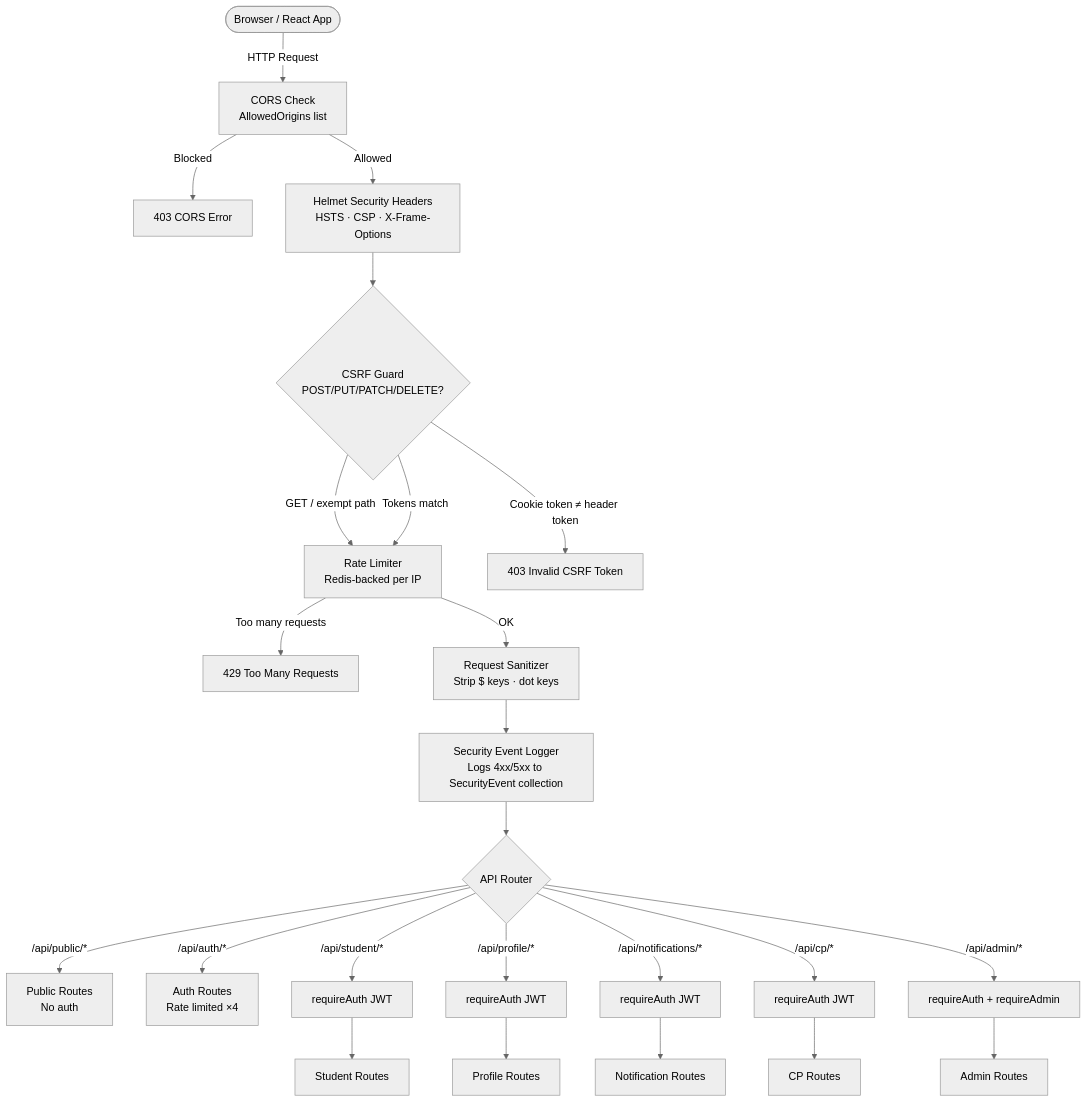
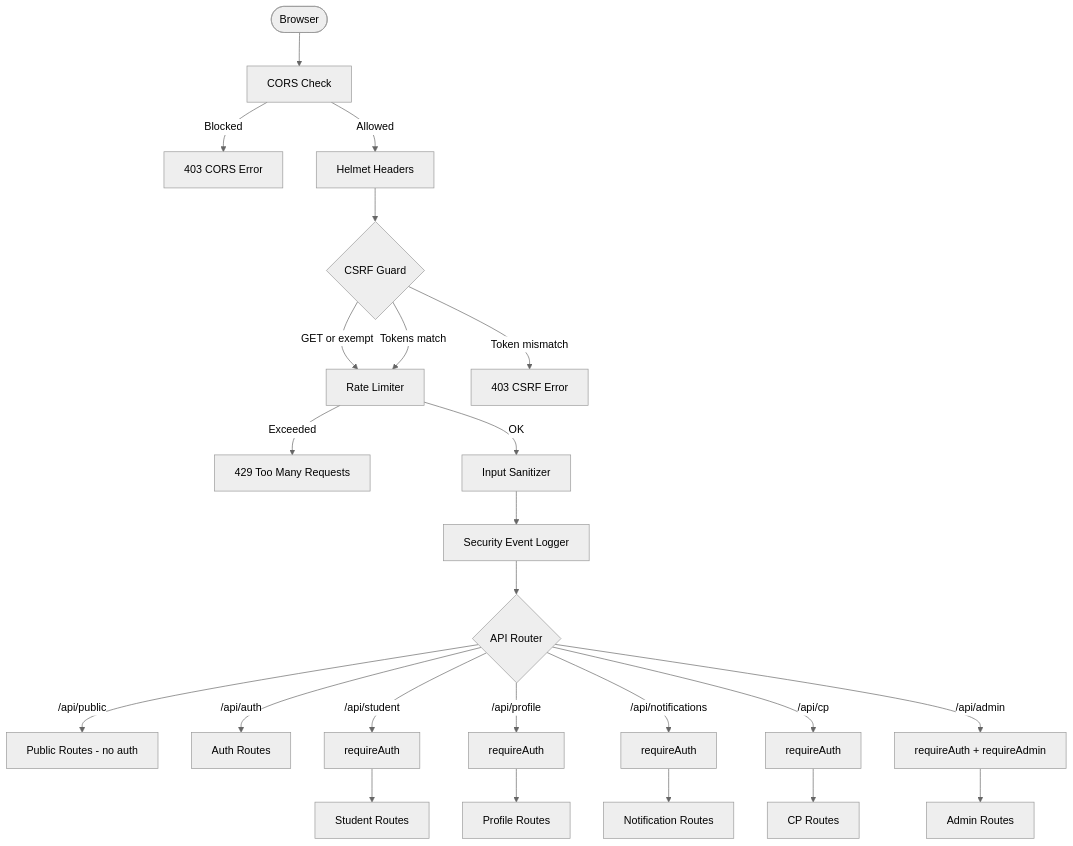
Before and after one commit to HSOCIETY-OFFSEC/hsociety-frontend: the first of 10 diagrams in ARCHITECTURE.md, drawn with Mermaid (neutral theme). The commit also changed other lines of this file, not shown here.

Commit message:
fix: architecture diagrams — fix all Mermaid lexical errors, remove backslash-n in labels

````diff
--- a/ARCHITECTURE.md
+++ b/ARCHITECTURE.md
@@ -10,28 +10,28 @@
 ```mermaid
 flowchart TD
-    CLIENT([Browser / React App]) -->|HTTP Request| MW_CORS[CORS Check\nAllowedOrigins list]
-    MW_CORS -->|Blocked| ERR_CORS[403 CORS Error]
-    MW_CORS -->|Allowed| MW_HELMET[Helmet Security Headers\nHSTS · CSP · X-Frame-Options]
-    MW_HELMET --> MW_CSRF{CSRF Guard\nPOST/PUT/PATCH/DELETE?}
-    MW_CSRF -->|GET / exempt path| MW_RATE[Rate Limiter\nRedis-backed per IP]
-    MW_CSRF -->|Cookie token ≠ header token| ERR_CSRF[403 Invalid CSRF Token]
-    MW_CSRF -->|Tokens match| MW_RATE
-    MW_RATE -->|Too many requests| ERR_429[429 Too Many Requests]
-    MW_RATE -->|OK| MW_SANITIZE[Request Sanitizer\nStrip $ keys · dot keys]
-    MW_SANITIZE --> MW_SECURITY[Security Event Logger\nLogs 4xx/5xx to SecurityEvent collection]
-    MW_SECURITY --> ROUTER{API Router}
+    CLIENT([Browser]) --> CORS[CORS Check]
+    CORS -->|Blocked| E1[403 CORS Error]
+    CORS -->|Allowed| HELMET[Helmet Headers]
+    HELMET --> CSRF{CSRF Guard}
+    CSRF -->|GET or exempt| RATE[Rate Limiter]
+    CSRF -->|Token mismatch| E2[403 CSRF Error]
+    CSRF -->|Tokens match| RATE
+    RATE -->|Exceeded| E3[429 Too Many Requests]
+    RATE -->|OK| SANITIZE[Input Sanitizer]
+    SANITIZE --> SECLOG[Security Event Logger]
+    SECLOG --> ROUTER{API Router}
 
-    ROUTER -->|/api/public/*| PUBLIC_ROUTES[Public Routes\nNo auth]
-    ROUTER -->|/api/auth/*| AUTH_ROUTES[Auth Routes\nRate limited ×4]
-    ROUTER -->|/api/student/*| MW_AUTH1[requireAuth JWT]
-    ROUTER -->|/api/profile/*| MW_AUTH2[requireAuth JWT]
-    ROUTER -->|/api/notifications/*| MW_AUTH3[requireAuth JWT]
-    ROUTER -->|/api/cp/*| MW_AUTH4[requireAuth JWT]
-    ROUTER -->|/api/admin/*| MW_AUTH5[requireAuth + requireAdmin]
+    ROUTER -->|/api/public| PUB[Public Routes - no auth]
+    ROUTER -->|/api/auth| AUTH[Auth Routes]
+    ROUTER -->|/api/student| MW1[requireAuth]
+    ROUTER -->|/api/profile| MW2[requireAuth]
+    ROUTER -->|/api/notifications| MW3[requireAuth]
+    ROUTER -->|/api/cp| MW4[requireAuth]
+    ROUTER -->|/api/admin| MW5[requireAuth + requireAdmin]
 
-    MW_AUTH1 --> STUDENT_ROUTES[Student Routes]
-    MW_AUTH2 --> PROFILE_ROUTES[Profile Routes]
-    MW_AUTH3 --> NOTIF_ROUTES[Notification Routes]
-    MW_AUTH4 --> CP_ROUTES[CP Routes]
-    MW_AUTH5 --> ADMIN_ROUTES[Admin Routes]
+    MW1 --> SR[Student Routes]
+    MW2 --> PR[Profile Routes]
+    MW3 --> NR[Notification Routes]
+    MW4 --> CR[CP Routes]
+    MW5 --> AR[Admin Routes]
 ```
````
